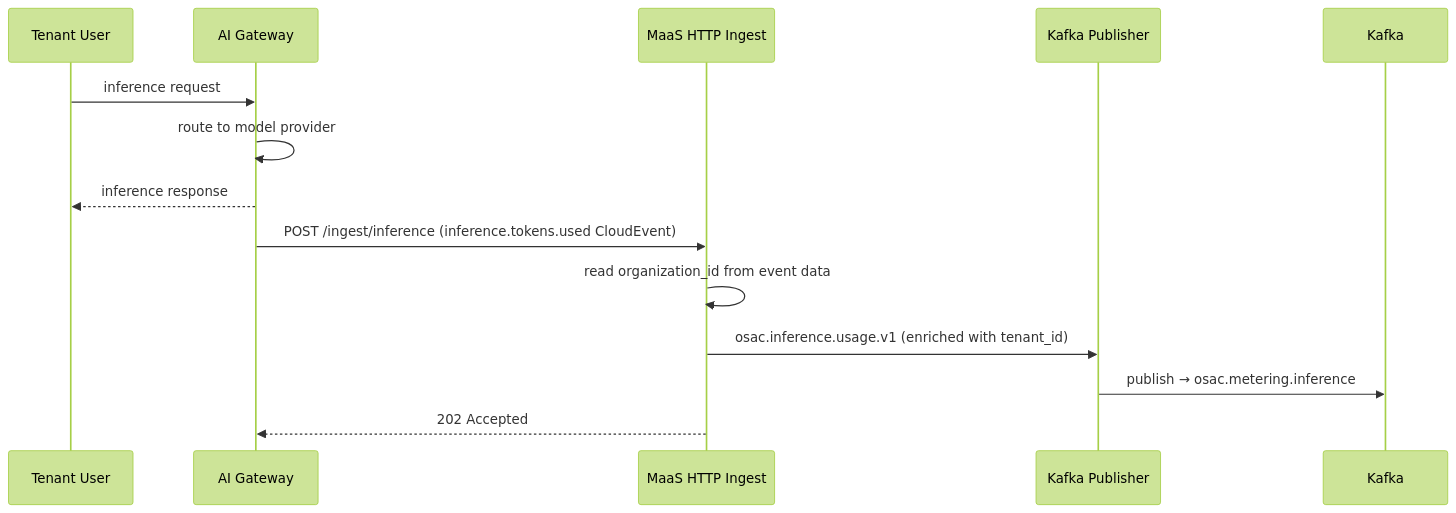
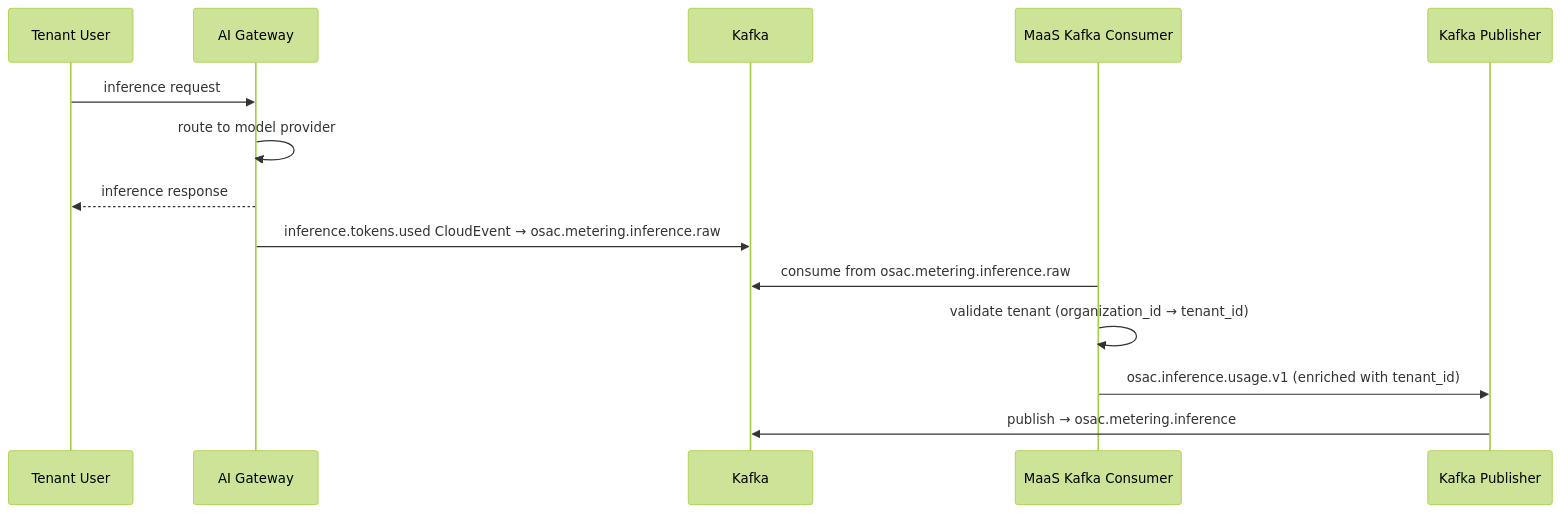
Before and after one commit to osac-project/enhancement-proposals: the fourth of 7 diagrams in enhancements/OSAC-985-metering-and-usage-tracking/design.md, drawn with Mermaid (forest theme). The commit also changed other lines of this file, not shown here.

First line of the commit message:
fix: update MaaS metering design from HTTP ingest to Kafka-based ingestion

````diff
--- a/enhancements/OSAC-985-metering-and-usage-tracking/design.md
+++ b/enhancements/OSAC-985-metering-and-usage-tracking/design.md
@@ -180,17 +181,17 @@
 ```mermaid
 sequenceDiagram
     participant U as Tenant User
     participant GW as AI Gateway
-    participant MH as MaaS HTTP Ingest
+    participant K as Kafka
+    participant MC as MaaS Kafka Consumer
     participant KP as Kafka Publisher
-    participant K as Kafka
 
     U->>GW: inference request
     GW->>GW: route to model provider
     GW-->>U: inference response
-    GW->>MH: POST /ingest/inference (inference.tokens.used CloudEvent)
-    MH->>MH: read organization_id from event data
-    MH->>KP: osac.inference.usage.v1 (enriched with tenant_id)
+    GW->>K: inference.tokens.used CloudEvent → osac.metering.inference.raw
+    MC->>K: consume from osac.metering.inference.raw
+    MC->>MC: validate tenant (organization_id → tenant_id)
+    MC->>KP: osac.inference.usage.v1 (enriched with tenant_id)
     KP->>K: publish → osac.metering.inference
-    MH-->>GW: 202 Accepted
 ```
````
